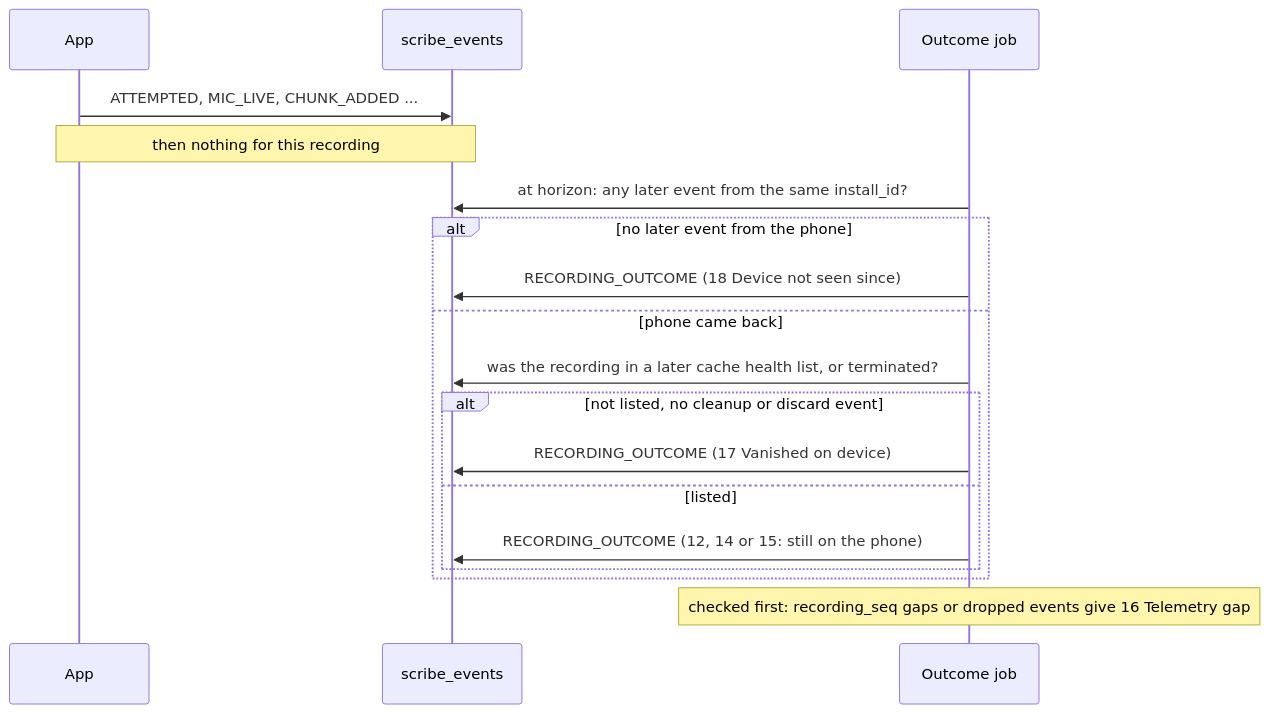
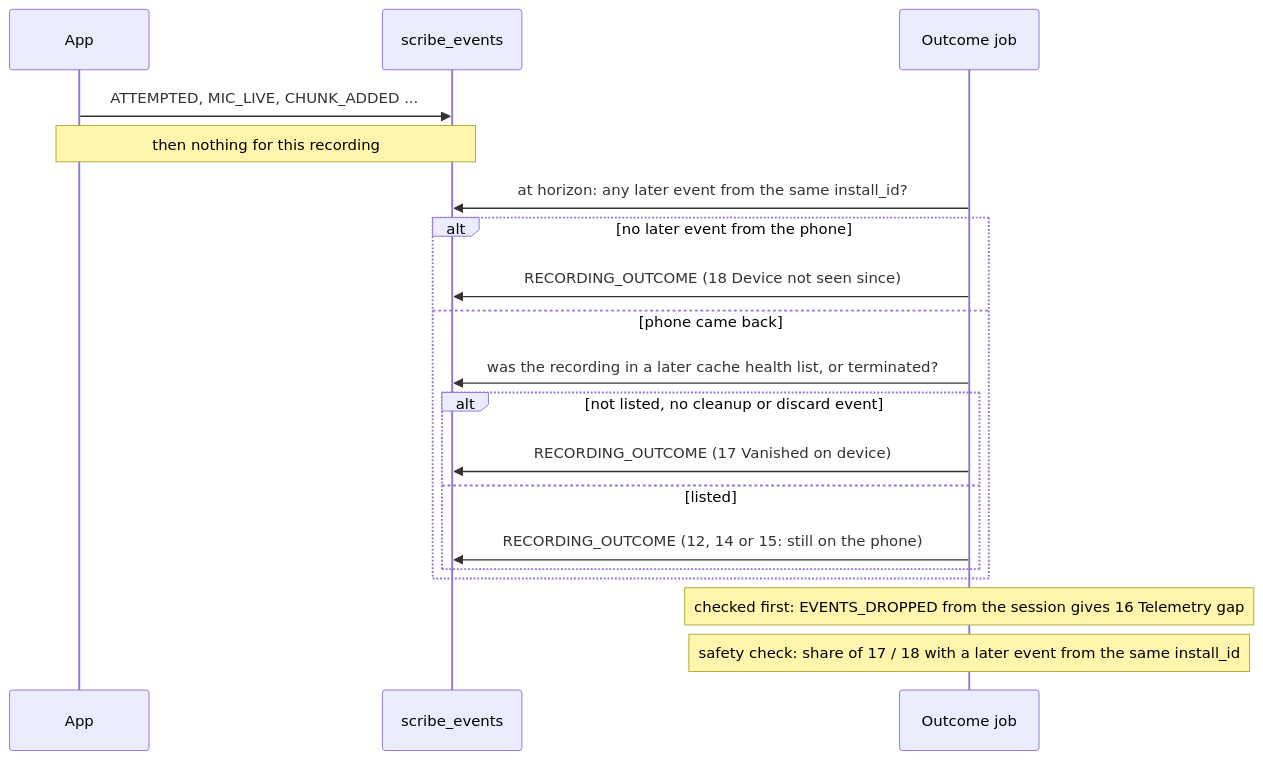
One commit to arthur-fung/afung-docs changed the tenth of 14 diagrams in 20261105-funnel-logging-design.md. Above: the diagram before and after it, drawn with Mermaid. The commit also changed other lines of this file and 3 other files, not shown here.

Commit message:
Funnel docs: cover the unhappy path (MIC_LOST, AUDIO_QUALITY, group-profile outcome), drop recording_seq

````diff
--- a/20261105-funnel-logging-design.md
+++ b/20261105-funnel-logging-design.md
@@ -355,20 +375,21 @@
 ```mermaid
 sequenceDiagram
   participant App
   participant SE as scribe_events
   participant JOB as Outcome job
   App->>SE: ATTEMPTED, MIC_LIVE, CHUNK_ADDED ...
   Note over App,SE: then nothing for this recording
   JOB->>SE: at horizon: any later event from the same install_id?
   alt no later event from the phone
     JOB->>SE: RECORDING_OUTCOME (18 Device not seen since)
   else phone came back
     JOB->>SE: was the recording in a later cache health list, or terminated?
     alt not listed, no cleanup or discard event
       JOB->>SE: RECORDING_OUTCOME (17 Vanished on device)
     else listed
       JOB->>SE: RECORDING_OUTCOME (12, 14 or 15: still on the phone)
     end
   end
-  Note over JOB: checked first: recording_seq gaps or dropped events give 16 Telemetry gap
+  Note over JOB: checked first: EVENTS_DROPPED from the session gives 16 Telemetry gap
+  Note over JOB: safety check: share of 17 / 18 with a later event from the same install_id
 ```
````
